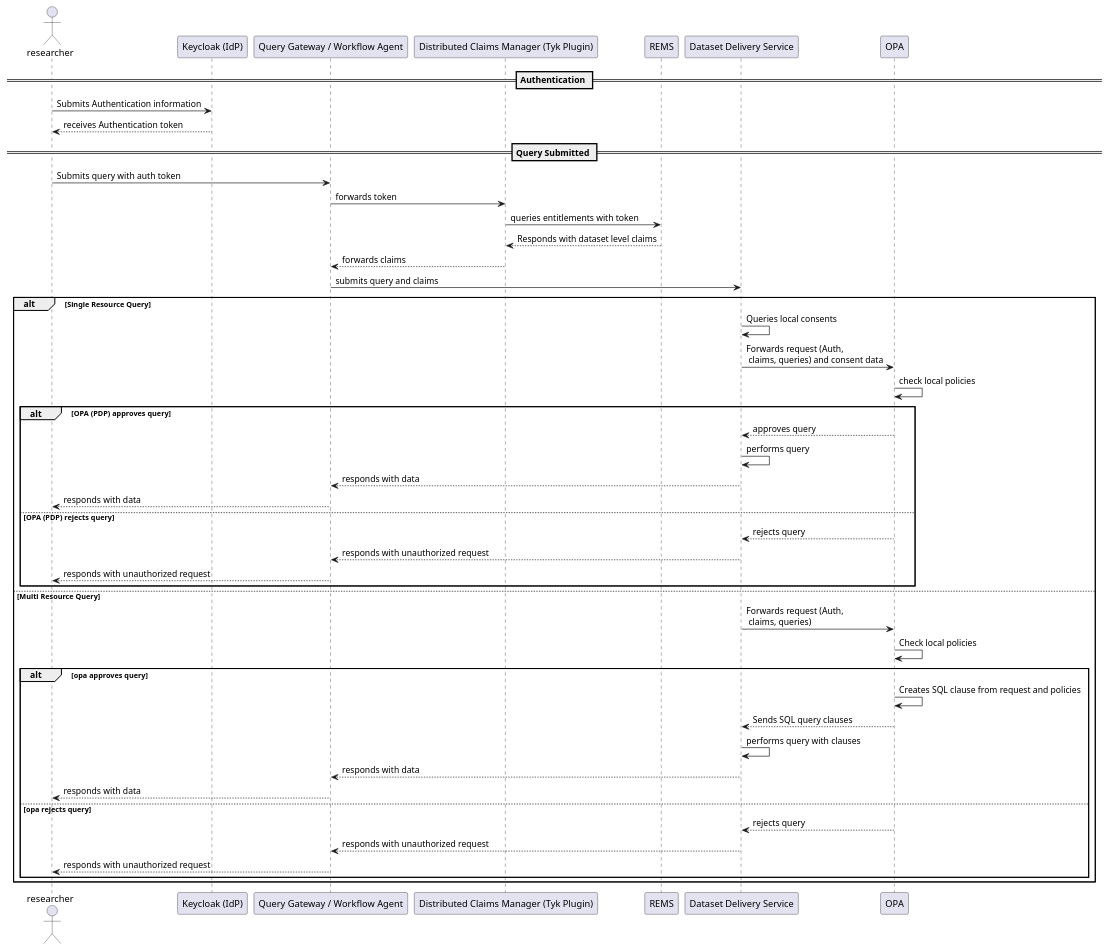
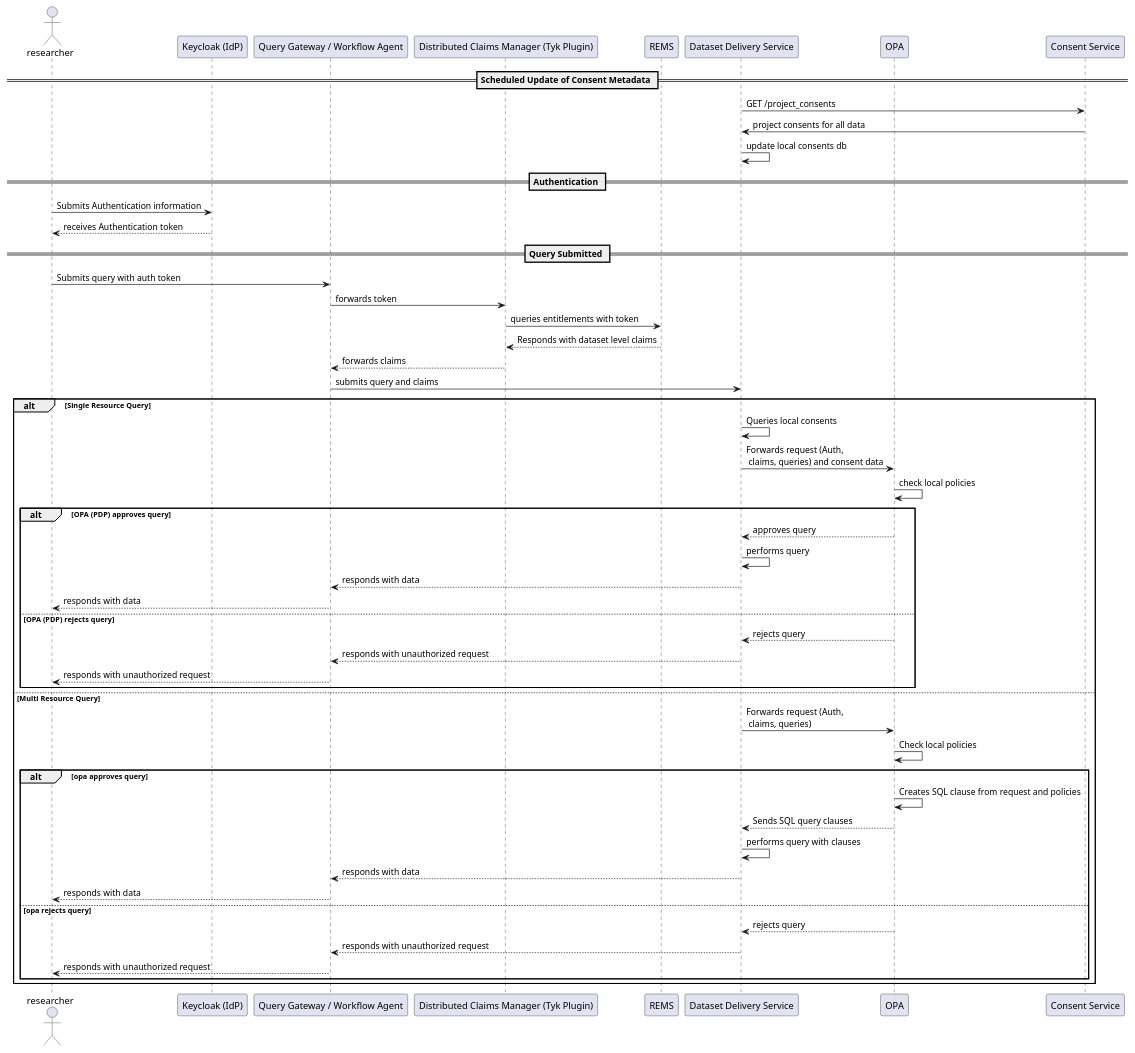
One commit to dycons/design changed the diagram in demo1/diagrams/researcher_query.md. Above: the diagram before and after it, drawn with PlantUML. The commit also changed other lines of this file and 2 other files, not shown here.

Commit message:
Consents service API spec for demo-1

```diff
--- a/demo1/diagrams/researcher_query.md
+++ b/demo1/diagrams/researcher_query.md
@@ -9,6 +10,13 @@
 participant "REMS" as rems
 participant "Dataset Delivery Service" as dds
 participant "OPA" as opa
+participant "Consent Service" as cs
+
+== Scheduled Update of Consent Metadata ==
+
+dds -> cs : GET /project_consents
+cs -> dds : project consents for all data
+dds -> dds : update local consents db
 
 == Authentication ==
 
@@ -56,7 +64,7 @@
     tyk --> researcher: responds with unauthorized request
 
   end
-	
+  
 else Multi Resource Query
 
   dds -> opa : Forwards request (Auth,\n claims, queries)
```
